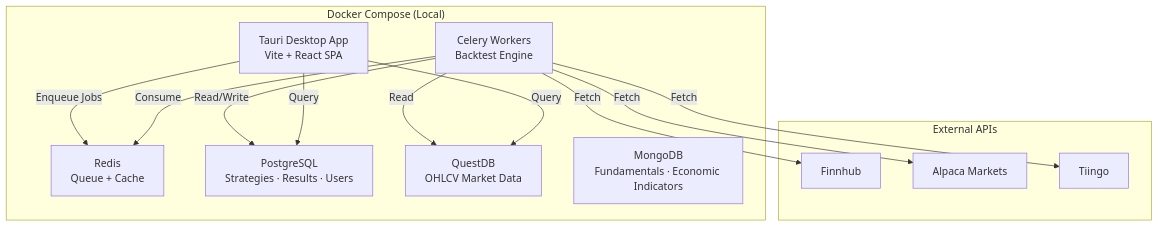
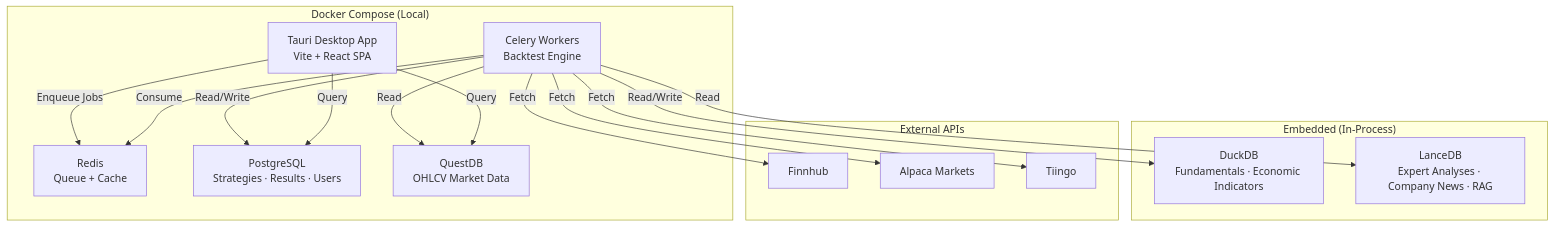
One commit to huydhoang/quantlens-docs changed the eighth of 9 diagrams in system_design.md. Above: the diagram before and after it, drawn with Mermaid. The commit also changed other lines of this file and 6 other files, not shown here.

Commit message:
Replace MongoDB with DuckDB for fundamentals storage, add hybrid DuckDB+LanceDB architecture for LLM analysis

````diff
--- a/system_design.md
+++ b/system_design.md
@@ -342,28 +342,34 @@
 ```mermaid
 graph TB
     subgraph "Docker Compose (Local)"
         A[Tauri Desktop App<br/>Vite + React SPA]
         B[Celery Workers<br/>Backtest Engine]
         C[Redis<br/>Queue + Cache]
 
         D[PostgreSQL<br/>Strategies · Results · Users]
         E[QuestDB<br/>OHLCV Market Data]
-        F[MongoDB<br/>Fundamentals · Economic Indicators]
+    end
+
+    subgraph "Embedded (In-Process)"
+        F[DuckDB<br/>Fundamentals · Economic Indicators]
+        L[LanceDB<br/>Expert Analyses · Company News · RAG]
     end
 
     subgraph "External APIs"
         G[Finnhub]
         H[Alpaca Markets]
         TI[Tiingo]
     end
 
     A -->|Enqueue Jobs| C
     B -->|Consume| C
     B -->|Read/Write| D
     B -->|Read| E
+    B -->|Read/Write| F
+    B -->|Read| L
     B -->|Fetch| G
     B -->|Fetch| H
     B -->|Fetch| TI
     A -->|Query| D
     A -->|Query| E
 ```
````
